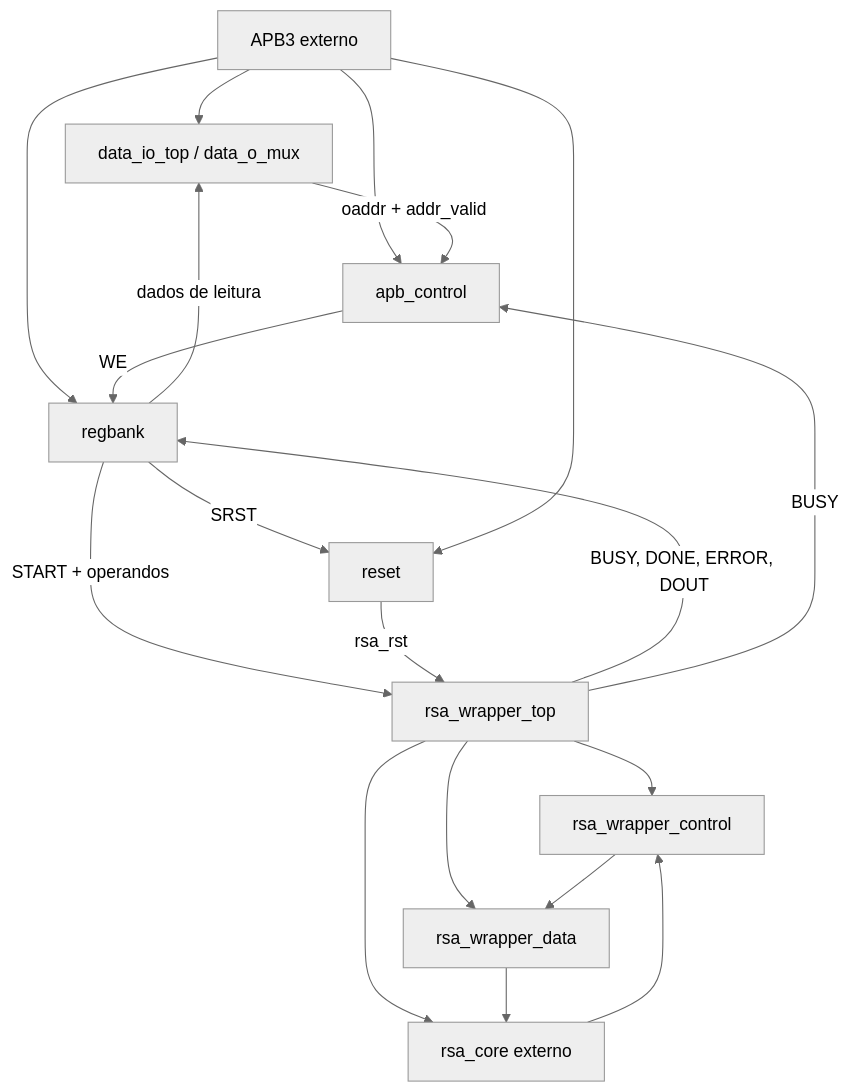
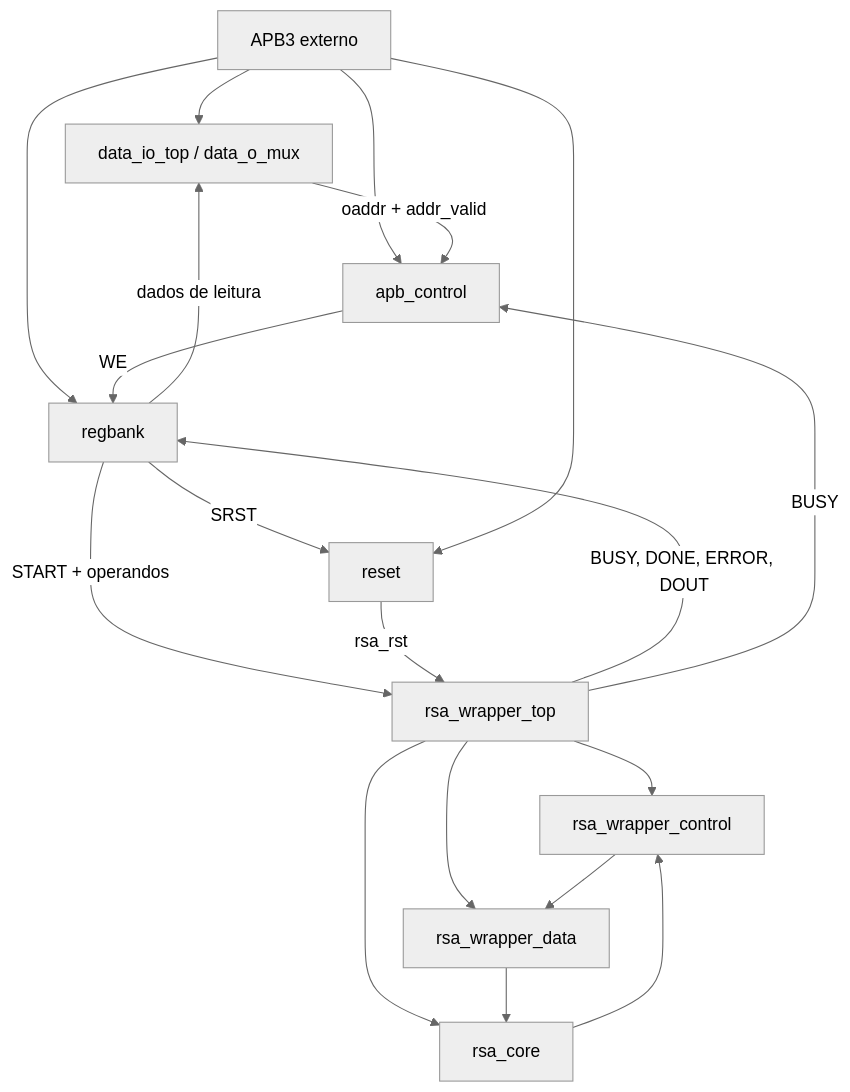
The diagram in README.md (MattGrossi12/RSA_APB_32-bit), drawn with Mermaid (neutral theme) before and after one commit. The commit also changed other lines of this file and 205 other files, not shown here.

````diff
--- a/README.md
+++ b/README.md
@@ -41,21 +97,21 @@
 ```mermaid
 flowchart TD
     EXT["APB3 externo"] --> IO["data_io_top / data_o_mux"]
     EXT --> C["apb_control"]
     EXT --> R["regbank"]
     IO -->|"oaddr + addr_valid"| C
     R -->|"dados de leitura"| IO
     C -->|"WE"| R
     R -->|"START + operandos"| WT["rsa_wrapper_top"]
     WT --> WC["rsa_wrapper_control"]
     WT --> WD["rsa_wrapper_data"]
-    WT --> CORE["rsa_core externo"]
+    WT --> CORE["rsa_core"]
     WC --> WD
     WD --> CORE
     CORE --> WC
     WT -->|"BUSY, DONE, ERROR, DOUT"| R
     WT -->|"BUSY"| C
     R -->|"SRST"| RESET["reset"]
     EXT --> RESET
     RESET -->|"rsa_rst"| WT
 ```
````
